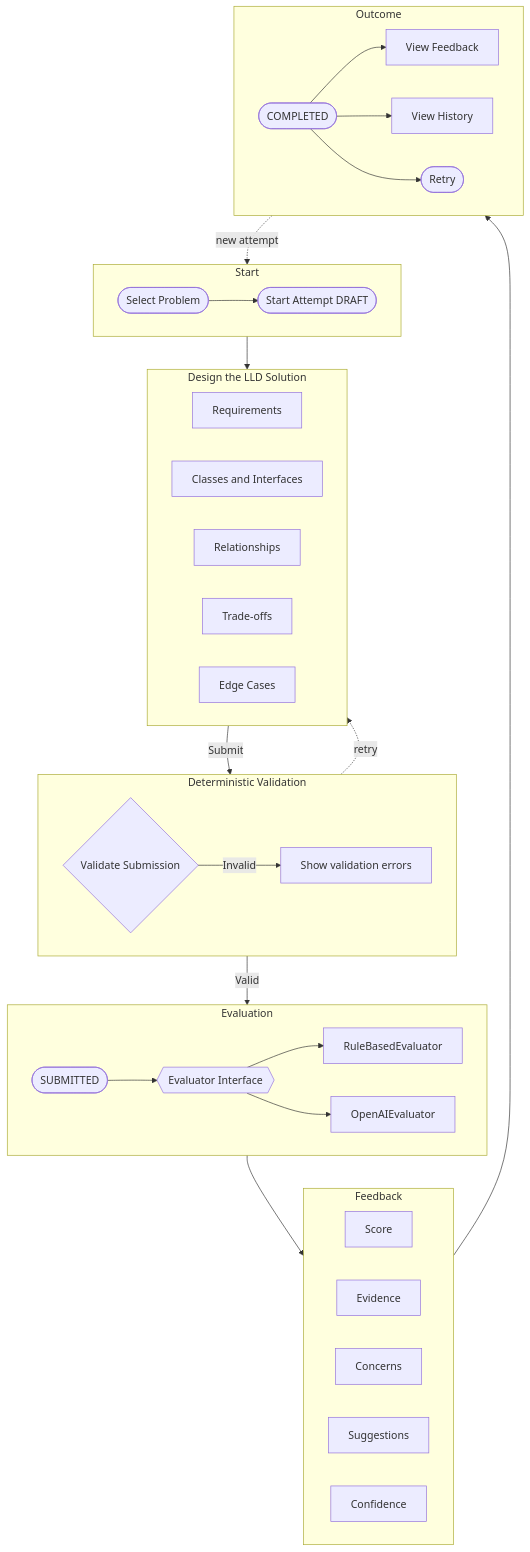
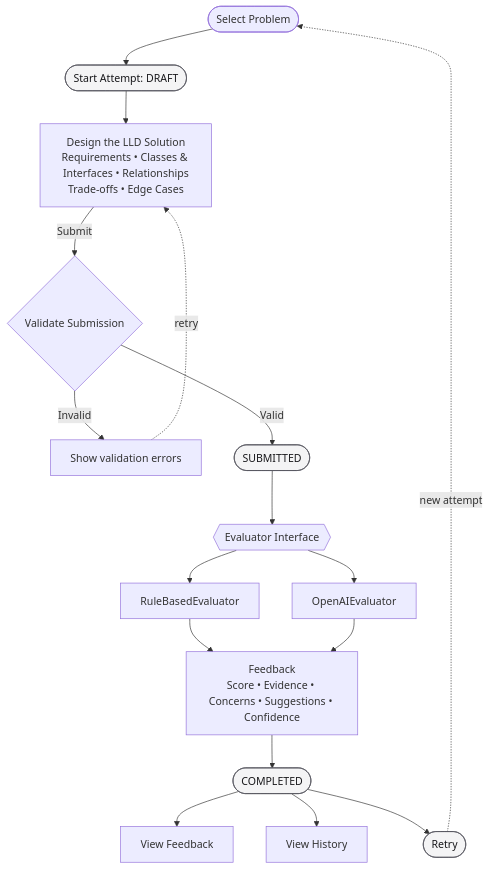
One commit to shaurya-sehgal5/LLD changed the second of 7 diagrams in README.md. Above: the diagram before and after it, drawn with Mermaid. The commit also changed other lines of this file and 5 other files, not shown here.

````diff
--- a/README.md
+++ b/README.md
@@ -156,64 +115,23 @@
 ```mermaid
 flowchart TB
-    subgraph S1[Start]
-        direction LR
-        A([Select Problem])
-        B(["Start Attempt DRAFT"])
-        A --> B
-    end
+    classDef status fill:#f4f4f5,stroke:#52525b,color:#18181b;
 
-    subgraph S2[Design the LLD Solution]
-        direction LR
-        C1[Requirements]
-        C2[Classes and Interfaces]
-        C3[Relationships]
-        C4[Trade-offs]
-        C5[Edge Cases]
-    end
+    A([Select Problem]) --> B(["Start Attempt: DRAFT"])
+    B --> C["Design the LLD Solution<br/>Requirements • Classes & Interfaces • Relationships<br/>Trade-offs • Edge Cases"]
+    C -->|Submit| D{Validate Submission}
+    D -->|Invalid| X[Show validation errors]
+    X -.retry.-> C
+    D -->|Valid| E(["SUBMITTED"])
+    E --> F{{Evaluator Interface}}
+    F --> G1[RuleBasedEvaluator]
+    F --> G2[OpenAIEvaluator]
+    G1 --> H["Feedback<br/>Score • Evidence • Concerns • Suggestions • Confidence"]
+    G2 --> H
+    H --> I(["COMPLETED"])
+    I --> J1[View Feedback]
+    I --> J2[View History]
+    I --> J3(["Retry"])
+    J3 -.new attempt.-> A
 
-    subgraph S3[Deterministic Validation]
-        direction LR
-        D{Validate Submission}
-        X[Show validation errors]
-        D -->|Invalid| X
-    end
-
-    subgraph S4[Evaluation]
-        direction LR
-        E(["SUBMITTED"])
-        F{{Evaluator Interface}}
-        G1[RuleBasedEvaluator]
-        G2[OpenAIEvaluator]
-        E --> F
-        F --> G1
-        F --> G2
-    end
-
-    subgraph S5[Feedback]
-        direction LR
-        H1[Score]
-        H2[Evidence]
-        H3[Concerns]
-        H4[Suggestions]
-        H5[Confidence]
-    end
-
-    subgraph S6[Outcome]
-        direction LR
-        I(["COMPLETED"])
-        J1[View Feedback]
-        J2[View History]
-        J3(["Retry"])
-        I --> J1
-        I --> J2
-        I --> J3
-    end
-
-    S1 --> S2
-    S2 -->|Submit| S3
-    S3 -->|Valid| S4
-    S4 --> S5
-    S5 --> S6
-    X -.retry.-> S2
-    J3 -.new attempt.-> S1
+    class B,E,I,J3 status;
 ```
````
